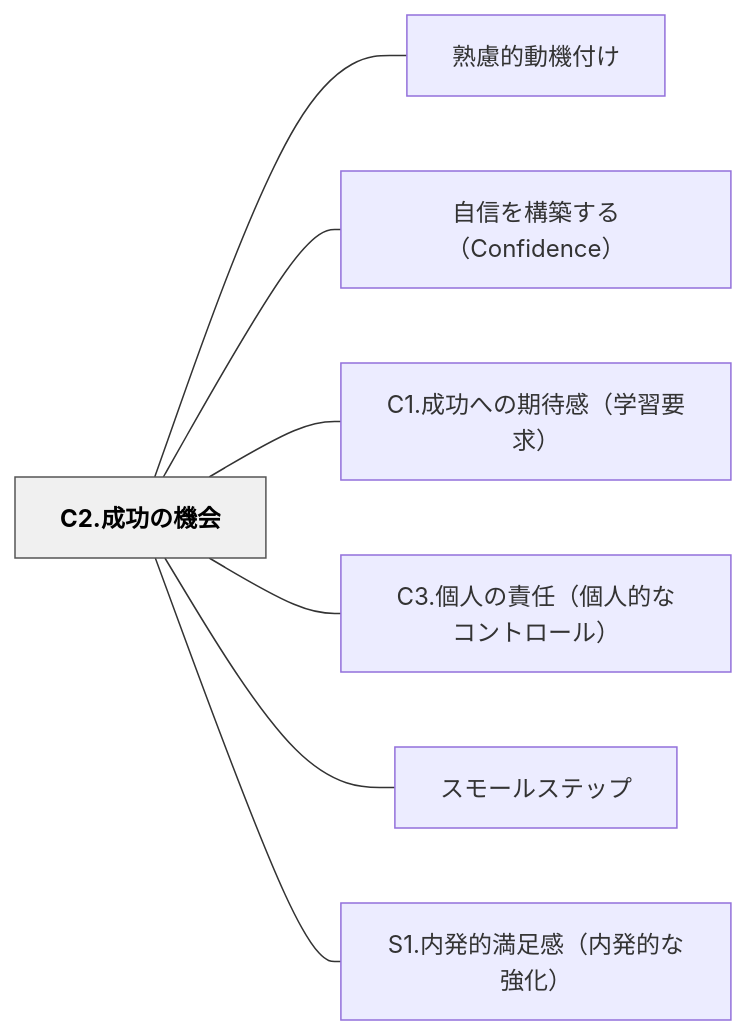
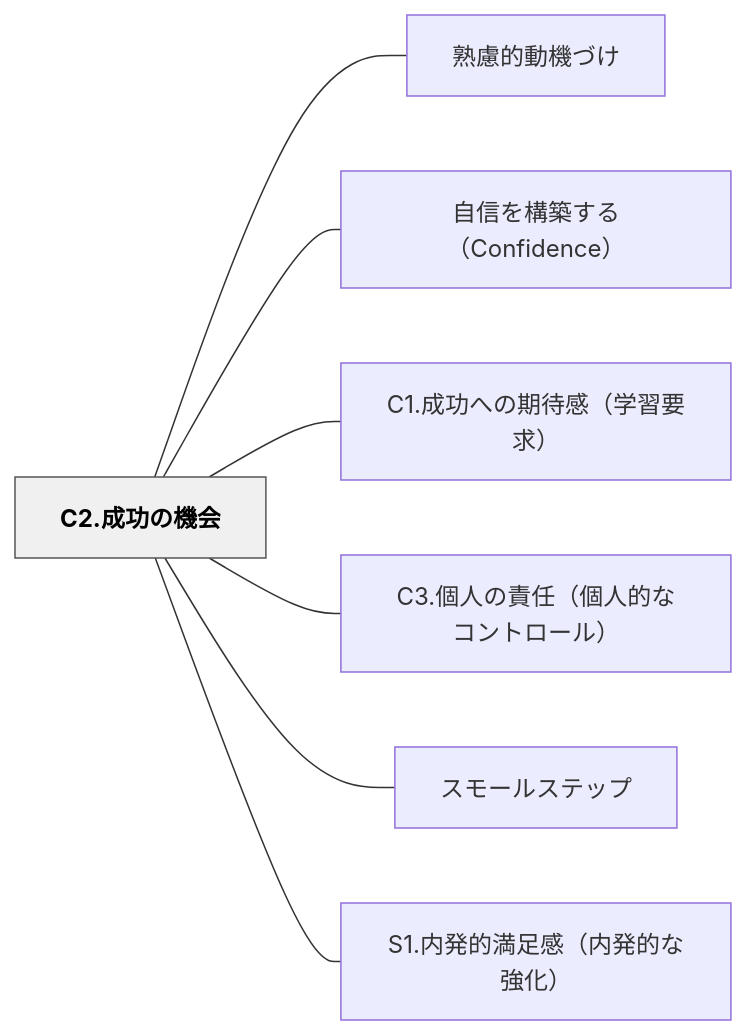
One commit to unknownthings-ed-patterns/unknownthings-ed-patterns changed the diagram in content/パタン/C2.成功の機会.md. Above: the diagram before and after it, drawn with Mermaid. The commit also changed other lines of this file and 234 other files, not shown here.

````diff
--- a/content/パタン/C2.成功の機会.md
+++ b/content/パタン/C2.成功の機会.md
@@ -37,20 +37,20 @@
 ```mermaid
 flowchart LR
     n43322ee68890e58a9fe381aee6a99fe4bc9a["C2.成功の機会"]
-    ne7869fe685aee79a84e58b95e6a99fe4bb98e38191["熟慮的動機付け"]
+    ne7869fe685aee79a84e58b95e6a99fe381a5e38191["熟慮的動機づけ"]
     ne887aae4bfa1e38292e6a78be7af89e38199e3828befbc88436f6e666964656e6365efbc89["自信を構築する（Confidence）"]
     n43312ee68890e58a9fe381b8e381aee69c9fe5be85e6849fefbc88e5ada6e7bf92e8a681e6b182efbc89["C1.成功への期待感（学習要求）"]
     n43332ee5808be4babae381aee8b2ace4bbbbefbc88e5808be4babae79a84e381aae382b3e383b3e38388e383ade383bce383abefbc89["C3.個人の責任（個人的なコントロール）"]
     ne382b9e383a2e383bce383abe382b9e38386e38383e38397["スモールステップ"]
     n53312ee58685e799bae79a84e6ba80e8b6b3e6849fefbc88e58685e799bae79a84e381aae5bcb7e58c96efbc89["S1.内発的満足感（内発的な強化）"]
 
-    n43322ee68890e58a9fe381aee6a99fe4bc9a --- ne7869fe685aee79a84e58b95e6a99fe4bb98e38191
+    n43322ee68890e58a9fe381aee6a99fe4bc9a --- ne7869fe685aee79a84e58b95e6a99fe381a5e38191
     n43322ee68890e58a9fe381aee6a99fe4bc9a --- ne887aae4bfa1e38292e6a78be7af89e38199e3828befbc88436f6e666964656e6365efbc89
     n43322ee68890e58a9fe381aee6a99fe4bc9a --- n43312ee68890e58a9fe381b8e381aee69c9fe5be85e6849fefbc88e5ada6e7bf92e8a681e6b182efbc89
     n43322ee68890e58a9fe381aee6a99fe4bc9a --- n43332ee5808be4babae381aee8b2ace4bbbbefbc88e5808be4babae79a84e381aae382b3e383b3e38388e383ade383bce383abefbc89
     n43322ee68890e58a9fe381aee6a99fe4bc9a --- ne382b9e383a2e383bce383abe382b9e38386e38383e38397
     n43322ee68890e58a9fe381aee6a99fe4bc9a --- n53312ee58685e799bae79a84e6ba80e8b6b3e6849fefbc88e58685e799bae79a84e381aae5bcb7e58c96efbc89
 
     classDef hub fill:#f0f0f0,stroke:#555,color:#000,font-weight:bold
     class n43322ee68890e58a9fe381aee6a99fe4bc9a hub
 ```
````
